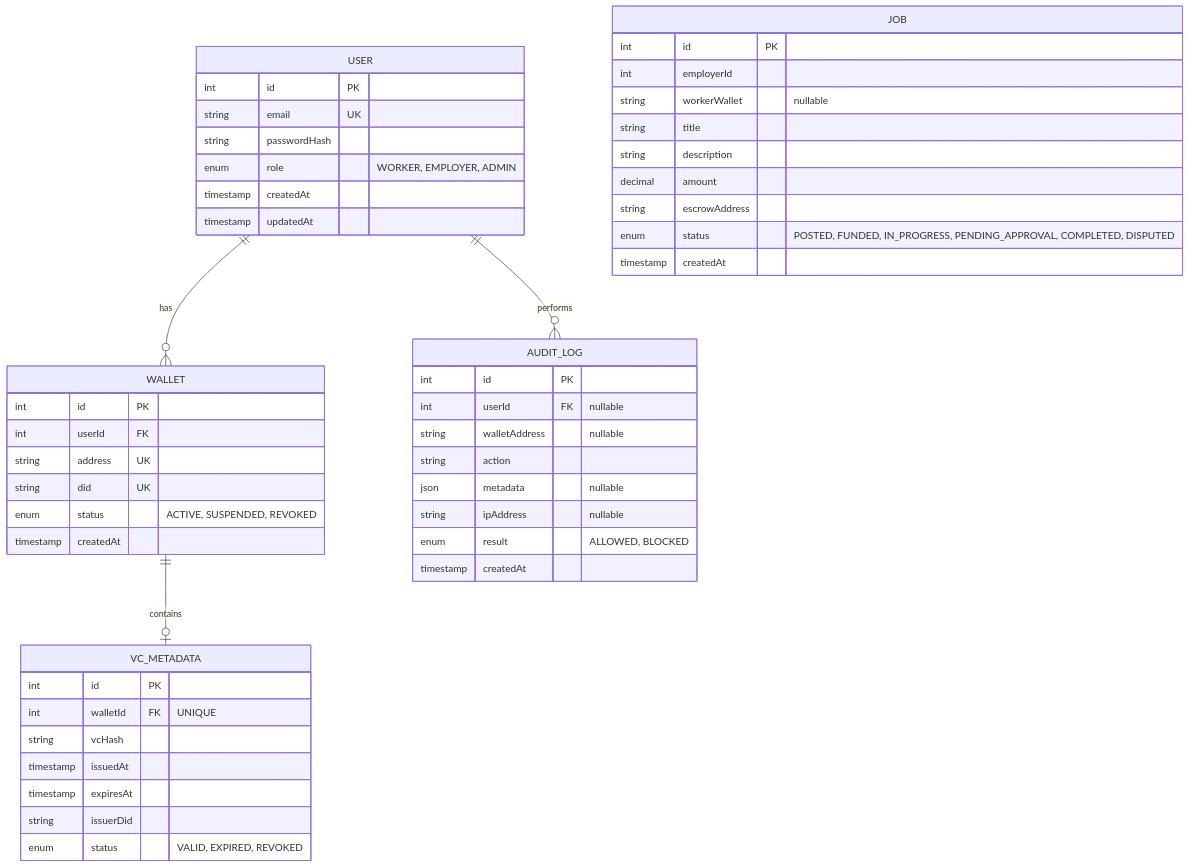
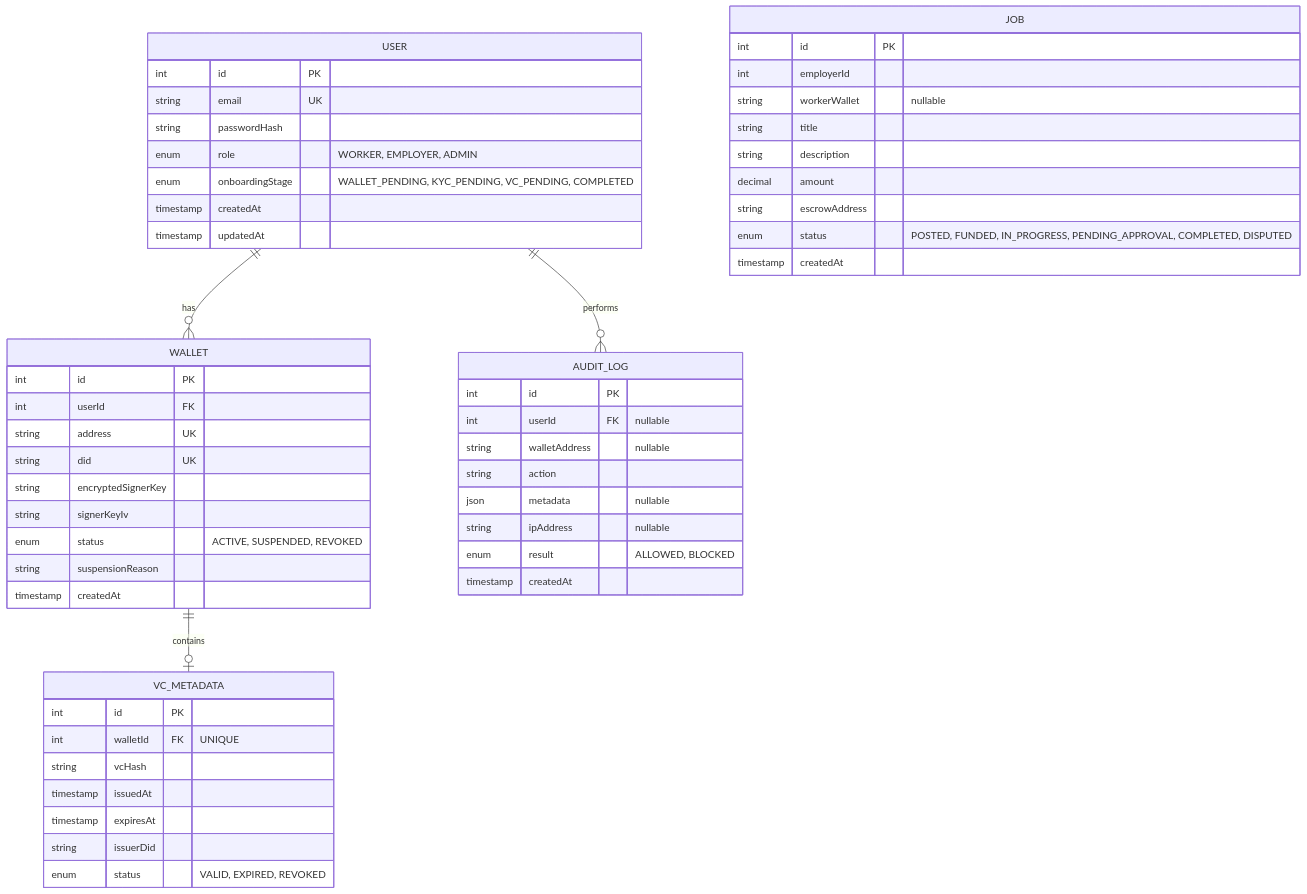
The second of 3 diagrams in README.md (neozhixuan/fr33), drawn with Mermaid before and after one commit. The commit also changed other lines of this file and 3 other files, not shown here.

````diff
--- a/README.md
+++ b/README.md
@@ -94,57 +96,61 @@
 ```mermaid
 erDiagram
     USER ||--o{ WALLET : has
     USER ||--o{ AUDIT_LOG : performs
     WALLET ||--o| VC_METADATA : contains
 
     USER {
         int id PK
         string email UK
         string passwordHash
         enum role "WORKER, EMPLOYER, ADMIN"
+        enum onboardingStage "WALLET_PENDING, KYC_PENDING, VC_PENDING, COMPLETED"
         timestamp createdAt
         timestamp updatedAt
     }
 
     WALLET {
         int id PK
         int userId FK
         string address UK
         string did UK
+        string encryptedSignerKey
+        string signerKeyIv
         enum status "ACTIVE, SUSPENDED, REVOKED"
+        string suspensionReason
         timestamp createdAt
     }
 
     VC_METADATA {
         int id PK
         int walletId FK "UNIQUE"
         string vcHash
         timestamp issuedAt
         timestamp expiresAt
         string issuerDid
         enum status "VALID, EXPIRED, REVOKED"
     }
 
     JOB {
         int id PK
         int employerId
         string workerWallet "nullable"
         string title
         string description
         decimal amount
         string escrowAddress
         enum status "POSTED, FUNDED, IN_PROGRESS, PENDING_APPROVAL, COMPLETED, DISPUTED"
         timestamp createdAt
     }
 
     AUDIT_LOG {
         int id PK
         int userId FK "nullable"
         string walletAddress "nullable"
         string action
         json metadata "nullable"
         string ipAddress "nullable"
         enum result "ALLOWED, BLOCKED"
         timestamp createdAt
     }
 ```
````
